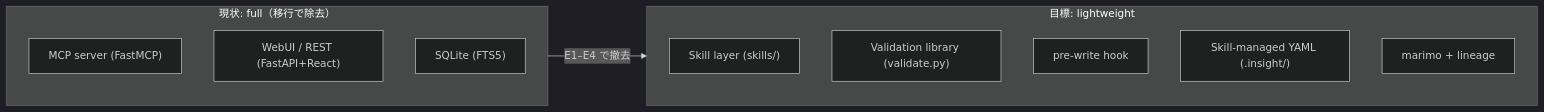
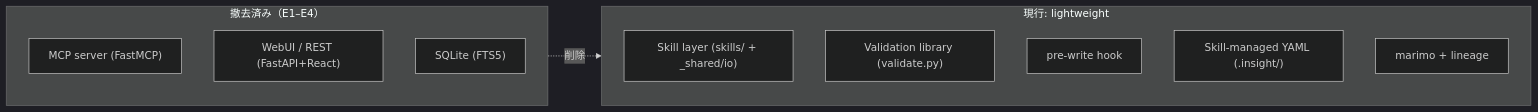
One commit to etoyama/insight-blueprint-skills changed the first of 3 diagrams in docs/ARCHITECTURE.md. Above: the diagram before and after it, drawn with Mermaid (dark theme). The commit also changed other lines of this file and 5 other files, not shown here.

First line of the commit message:
docs: README/CLAUDE.md/PRD/ARCHITECTURE をサーバ非依存に再フレーム（Story 4.3）

````diff
--- a/docs/ARCHITECTURE.md
+++ b/docs/ARCHITECTURE.md
@@ -18,16 +21,16 @@
 ```mermaid
 flowchart LR
-    subgraph FULL["現状: full（移行で除去）"]
+    subgraph REMOVED["撤去済み（E1–E4）"]
         mcp["MCP server (FastMCP)"]
         web["WebUI / REST (FastAPI+React)"]
         sql["SQLite (FTS5)"]
     end
-    subgraph LIGHT["目標: lightweight"]
-        skills["Skill layer (skills/)"]
+    subgraph LIGHT["現行: lightweight"]
+        skills["Skill layer (skills/ + _shared/io)"]
         validate["Validation library (validate.py)"]
         hook["pre-write hook"]
         yaml["Skill-managed YAML (.insight/)"]
         marimo["marimo + lineage"]
     end
-    FULL -->|"E1–E4 で撤去"| LIGHT
+    REMOVED -.->|削除| LIGHT
 ```
````
